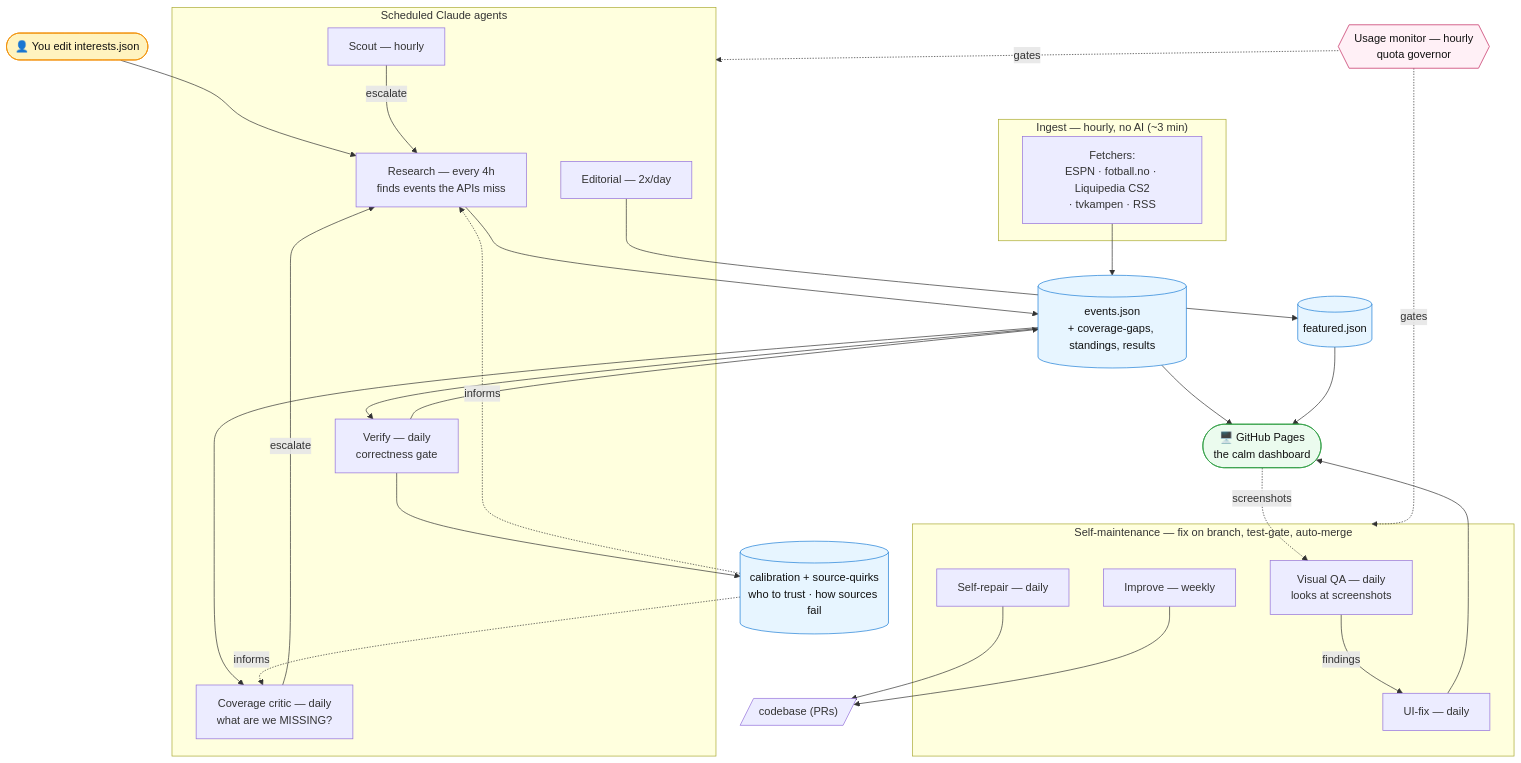
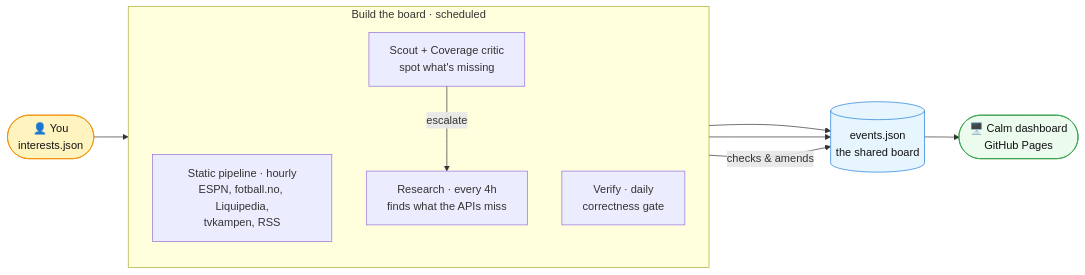
One commit to CHaerem/SportSync changed the diagram in README.md. Above: the diagram before and after it, drawn with Mermaid. The commit also changed other lines of this file, not shown here.

Commit message:
docs: simplify the architecture diagram (it was a tangle)
The first Mermaid version crammed the content flow, feedback loops,
self-maintenance ring, and the governor into one figure — auto-layout
turned it into crossing edges that were hard to read. Replace it with a
clean left-to-right spine showing only the core story: you → build the
board (static pipeline + research, nudged by scout/critic, corrected by
verify) → events.json → calm dashboard. Six edges, one subgraph.

The two support systems (self-maintenance loops + quota governor) move to
a one-line note; all eleven jobs stay in the table below with models.

````diff
--- a/README.md
+++ b/README.md
@@ -49,58 +49,26 @@
 ```mermaid
-flowchart TB
-    you(["👤 You edit interests.json"]):::human
+flowchart LR
+    you(["👤 You<br/>interests.json"]):::human
 
-    subgraph ingest["Ingest — hourly, no AI (~3 min)"]
-        fetch["Fetchers:<br/>ESPN · fotball.no · Liquipedia CS2<br/>· tvkampen · RSS"]
+    subgraph build["Build the board · scheduled"]
+        direction TB
+        pipe["Static pipeline · hourly<br/>ESPN, fotball.no, Liquipedia,<br/>tvkampen, RSS"]
+        research["Research · every 4h<br/>finds what the APIs miss"]
+        gaps["Scout + Coverage critic<br/>spot what's missing"]
+        verify["Verify · daily<br/>correctness gate"]
     end
 
-    board[("events.json<br/>+ coverage-gaps, standings, results")]:::store
-
-    subgraph agents["Scheduled Claude agents"]
-        research["Research — every 4h<br/>finds events the APIs miss"]
-        scout["Scout — hourly"]
-        critic["Coverage critic — daily<br/>what are we MISSING?"]
-        verify["Verify — daily<br/>correctness gate"]
-        editorial["Editorial — 2x/day"]
-    end
-
-    trust[("calibration + source-quirks<br/>who to trust · how sources fail")]:::store
-    feat[("featured.json")]:::store
-    pages(["🖥️ GitHub Pages<br/>the calm dashboard"]):::out
-
-    subgraph heal["Self-maintenance — fix on branch, test-gate, auto-merge"]
-        visualqa["Visual QA — daily<br/>looks at screenshots"]
-        uifix["UI-fix — daily"]
-        selfrepair["Self-repair — daily"]
-        improve["Improve — weekly"]
-    end
-
-    governor{{"Usage monitor — hourly<br/>quota governor"}}:::gov
+    board[("events.json<br/>the shared board")]:::store
+    pages(["🖥️ Calm dashboard<br/>GitHub Pages"]):::out
 
     you --> research
-    fetch --> board
-    scout -->|escalate| research
-    critic -->|escalate| research
-    board --> critic
-    board --> verify
+    gaps -->|escalate| research
+    pipe --> board
     research --> board
-    verify --> board
-    verify --> trust
-    trust -. informs .-> research
-    trust -. informs .-> critic
+    verify -->|checks & amends| board
     board --> pages
-    editorial --> feat
-    feat --> pages
-    pages -. screenshots .-> visualqa
-    visualqa -->|findings| uifix
-    uifix --> pages
-    selfrepair --> repo[/"codebase (PRs)"/]
-    improve --> repo
-    governor -. gates .-> agents
-    governor -. gates .-> heal
 
     classDef human fill:#fff3bf,stroke:#f08c00,color:#111
     classDef store fill:#e7f5ff,stroke:#1c7ed6,color:#111
     classDef out fill:#ebfbee,stroke:#2f9e44,color:#111
-    classDef gov fill:#fff0f6,stroke:#c2255c,color:#111
 ```
````
